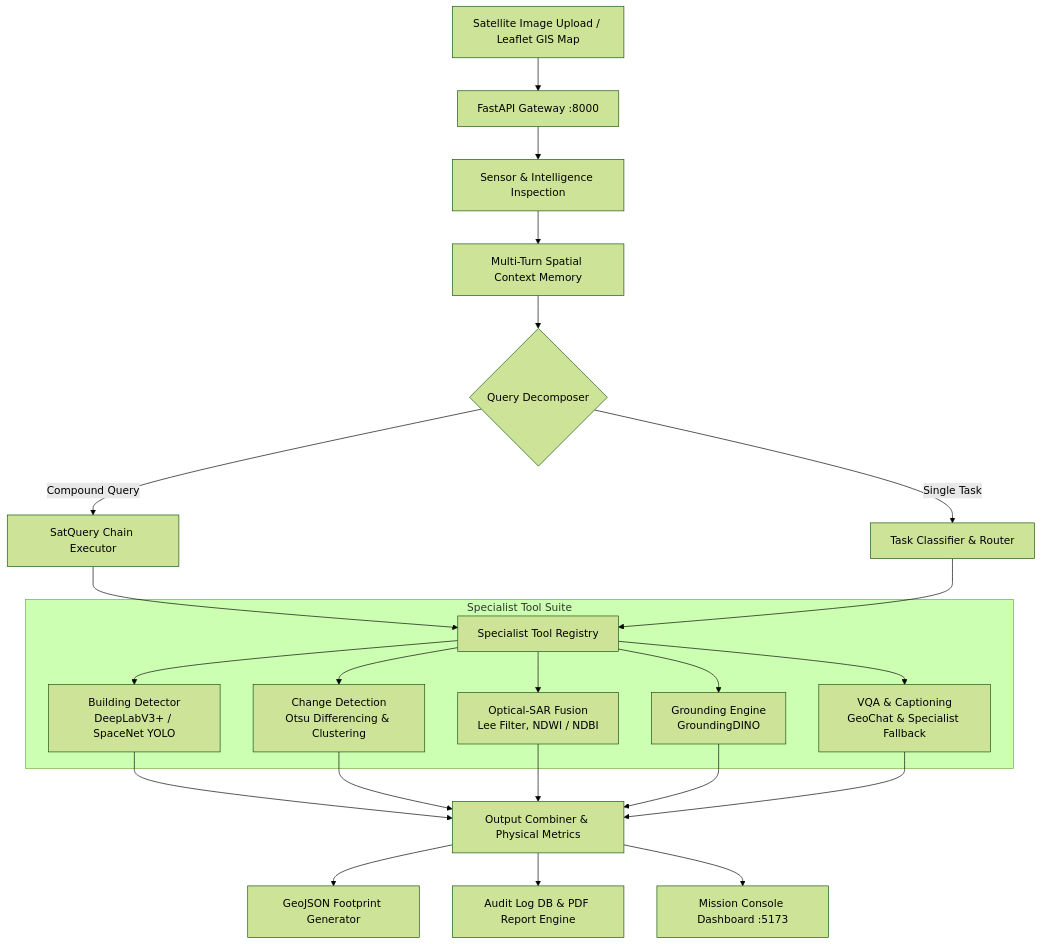
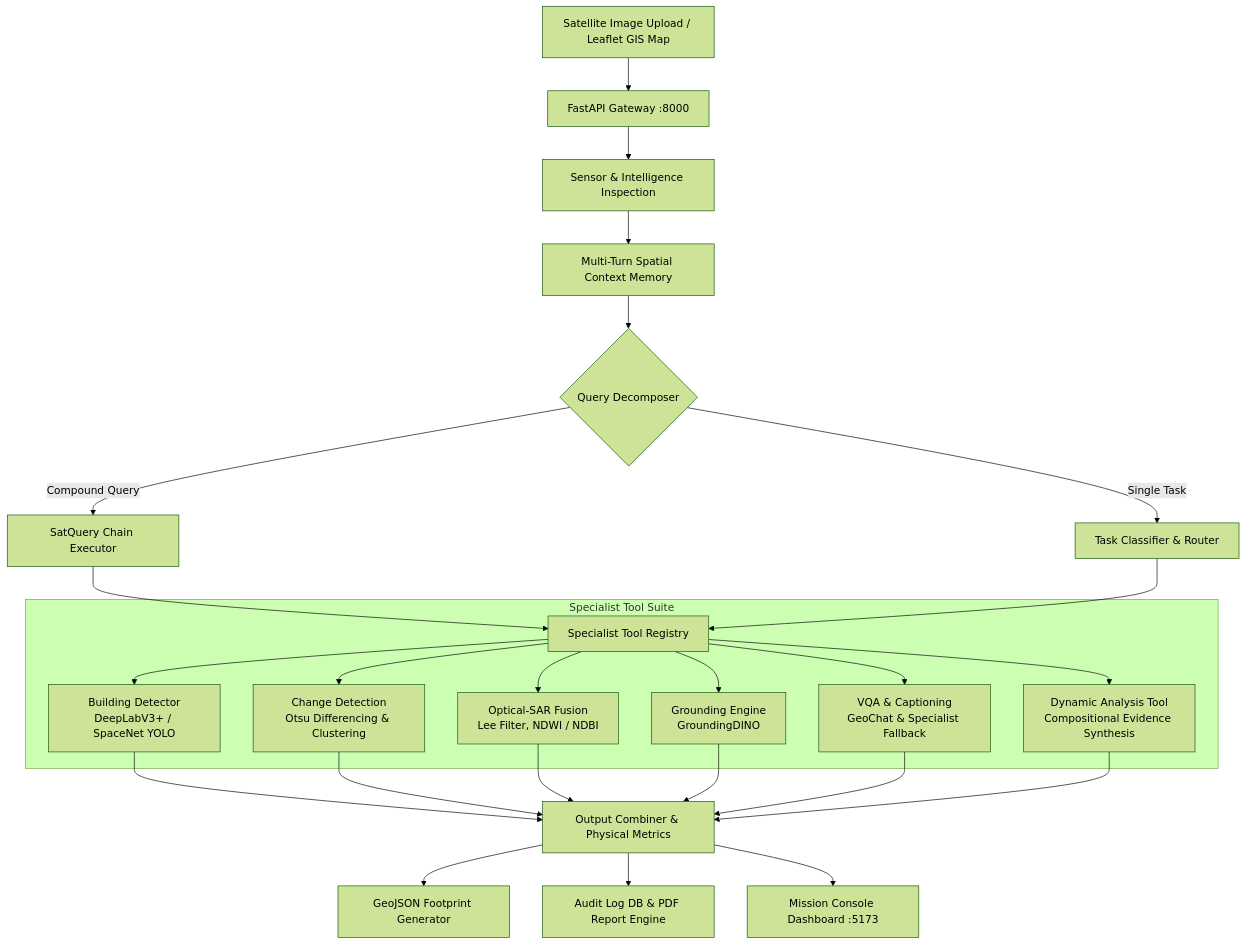
Before and after one commit to anguabishek17/SATQUERY-AI: the diagram in README.md, drawn with Mermaid (forest theme). The commit also changed other lines of this file, not shown here.

````diff
--- a/README.md
+++ b/README.md
@@ -63,31 +80,33 @@
 ```mermaid
 graph TD
     A[Satellite Image Upload / Leaflet GIS Map] --> B[FastAPI Gateway :8000]
     B --> C[Sensor & Intelligence Inspection]
     C --> D[Multi-Turn Spatial Context Memory]
     D --> E{Query Decomposer}
     
     E -->|Compound Query| F[SatQuery Chain Executor]
     E -->|Single Task| G[Task Classifier & Router]
     
     F --> H[Specialist Tool Registry]
     G --> H
     
     subgraph Specialist Tool Suite
         H --> T1[Building Detector<br/>DeepLabV3+ / SpaceNet YOLO]
         H --> T2[Change Detection<br/>Otsu Differencing & Clustering]
         H --> T3[Optical-SAR Fusion<br/>Lee Filter, NDWI / NDBI]
         H --> T4[Grounding Engine<br/>GroundingDINO]
         H --> T5[VQA & Captioning<br/>GeoChat & Specialist Fallback]
+        H --> T6[Dynamic Analysis Tool<br/>Compositional Evidence Synthesis]
     end
     
     T1 --> I[Output Combiner & Physical Metrics]
     T2 --> I
     T3 --> I
     T4 --> I
     T5 --> I
+    T6 --> I
     
     I --> J[GeoJSON Footprint Generator]
     I --> K[Audit Log DB & PDF Report Engine]
     I --> L[Mission Console Dashboard :5173]
 ```
````
